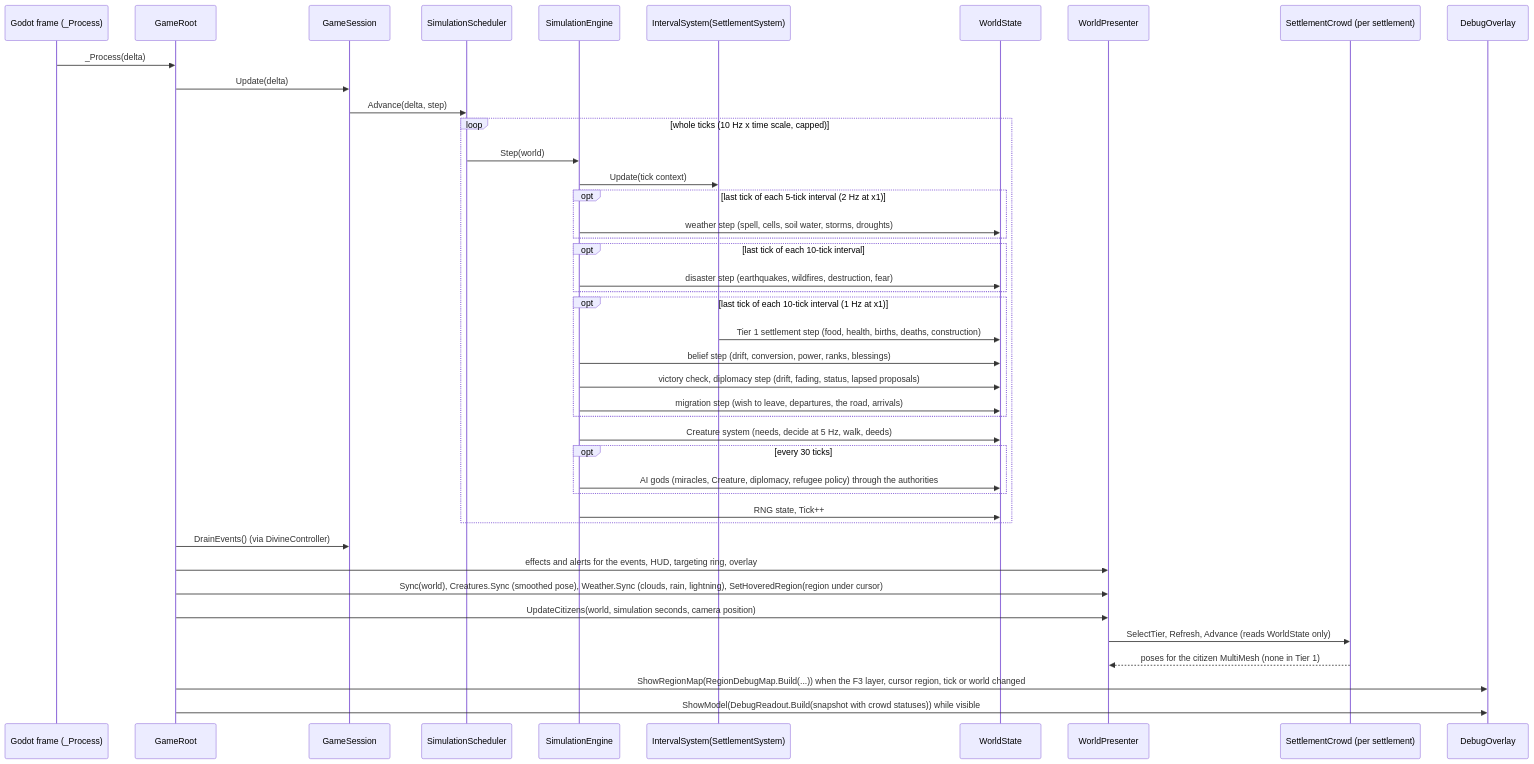
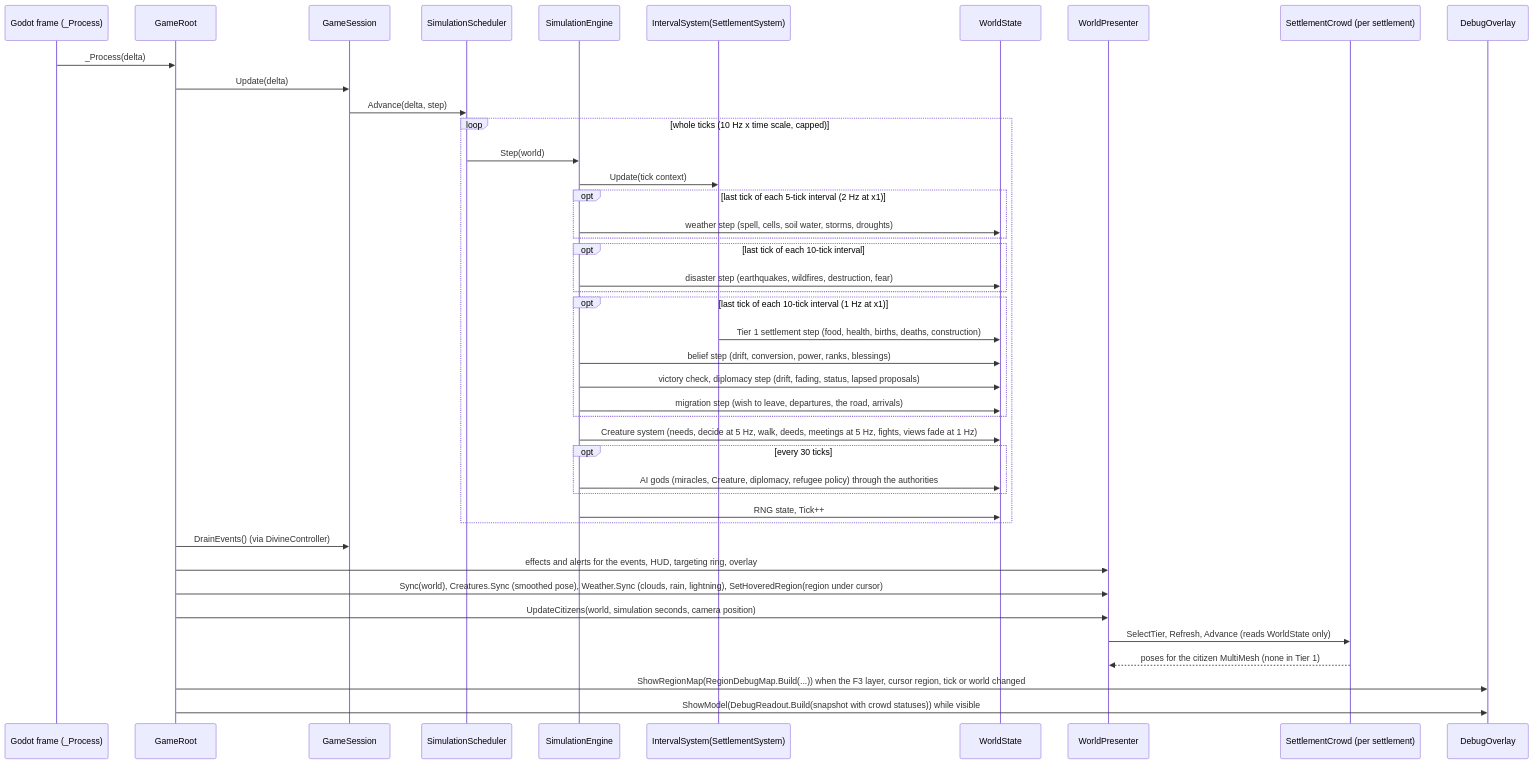
Before and after one commit to roeyazroel/pantheon: the second of 15 diagrams in docs/ARCHITECTURE.md, drawn with Mermaid. The commit also changed other lines of this file and 78 other files, not shown here.

````diff
--- a/docs/ARCHITECTURE.md
+++ b/docs/ARCHITECTURE.md
@@ -410,46 +422,46 @@
 ```mermaid
 sequenceDiagram
     participant Godot as Godot frame (_Process)
     participant Root as GameRoot
     participant Session as GameSession
     participant Sched as SimulationScheduler
     participant Engine as SimulationEngine
     participant Settle as IntervalSystem(SettlementSystem)
     participant State as WorldState
     participant View as WorldPresenter
     participant Crowd as SettlementCrowd (per settlement)
     participant Overlay as DebugOverlay
 
     Godot->>Root: _Process(delta)
     Root->>Session: Update(delta)
     Session->>Sched: Advance(delta, step)
     loop whole ticks (10 Hz x time scale, capped)
         Sched->>Engine: Step(world)
         Engine->>Settle: Update(tick context)
         opt last tick of each 5-tick interval (2 Hz at x1)
             Engine->>State: weather step (spell, cells, soil water, storms, droughts)
         end
         opt last tick of each 10-tick interval
             Engine->>State: disaster step (earthquakes, wildfires, destruction, fear)
         end
         opt last tick of each 10-tick interval (1 Hz at x1)
             Settle->>State: Tier 1 settlement step (food, health, births, deaths, construction)
             Engine->>State: belief step (drift, conversion, power, ranks, blessings)
             Engine->>State: victory check, diplomacy step (drift, fading, status, lapsed proposals)
             Engine->>State: migration step (wish to leave, departures, the road, arrivals)
         end
-        Engine->>State: Creature system (needs, decide at 5 Hz, walk, deeds)
+        Engine->>State: Creature system (needs, decide at 5 Hz, walk, deeds, meetings at 5 Hz, fights, views fade at 1 Hz)
         opt every 30 ticks
             Engine->>State: AI gods (miracles, Creature, diplomacy, refugee policy) through the authorities
         end
         Engine->>State: RNG state, Tick++
     end
     Root->>Session: DrainEvents() (via DivineController)
     Root->>View: effects and alerts for the events, HUD, targeting ring, overlay
     Root->>View: Sync(world), Creatures.Sync (smoothed pose), Weather.Sync (clouds, rain, lightning), SetHoveredRegion(region under cursor)
     Root->>View: UpdateCitizens(world, simulation seconds, camera position)
     View->>Crowd: SelectTier, Refresh, Advance (reads WorldState only)
     Crowd-->>View: poses for the citizen MultiMesh (none in Tier 1)
     Root->>Overlay: ShowRegionMap(RegionDebugMap.Build(...)) when the F3 layer, cursor region, tick or world changed
     Root->>Overlay: ShowModel(DebugReadout.Build(snapshot with crowd statuses)) while visible
 ```
````
